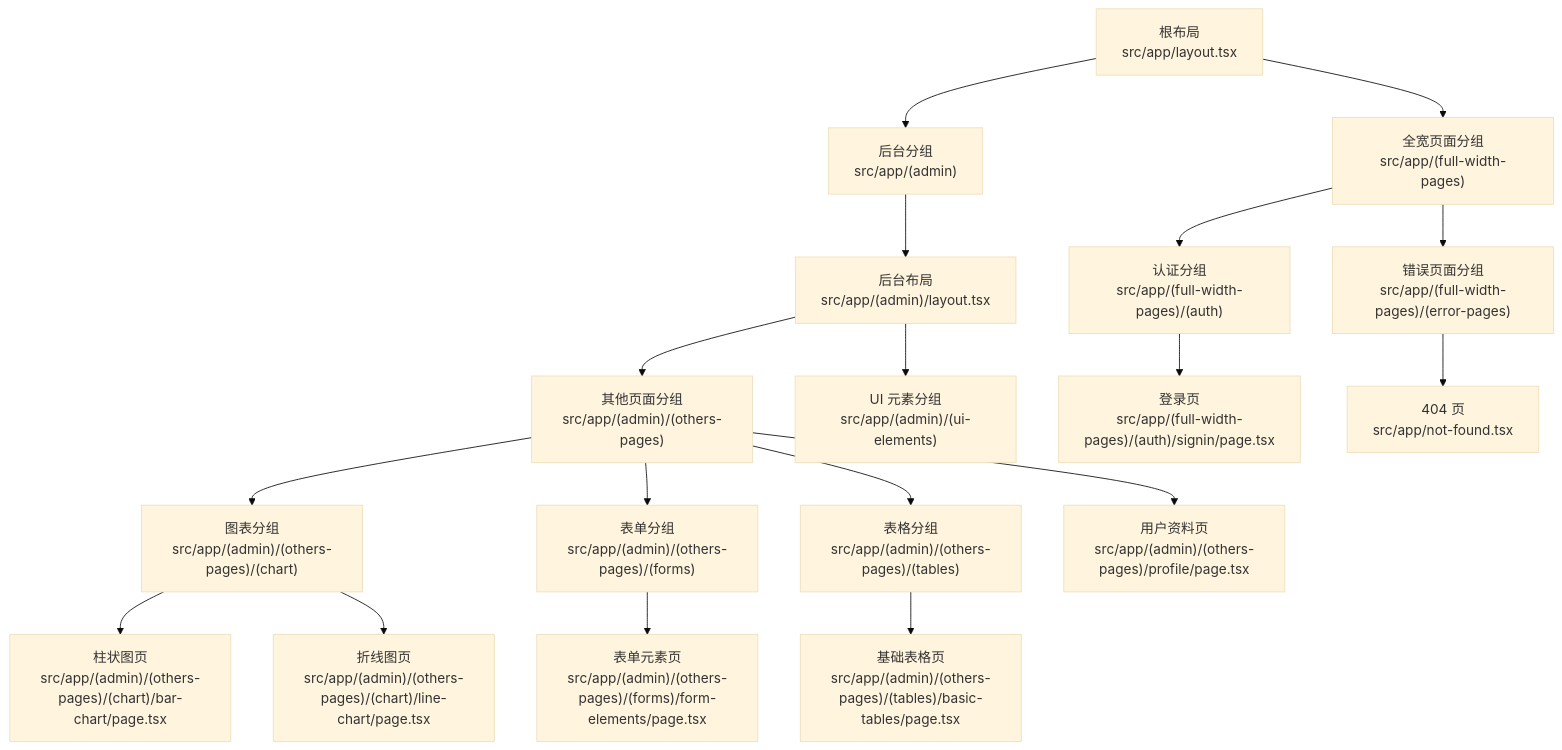
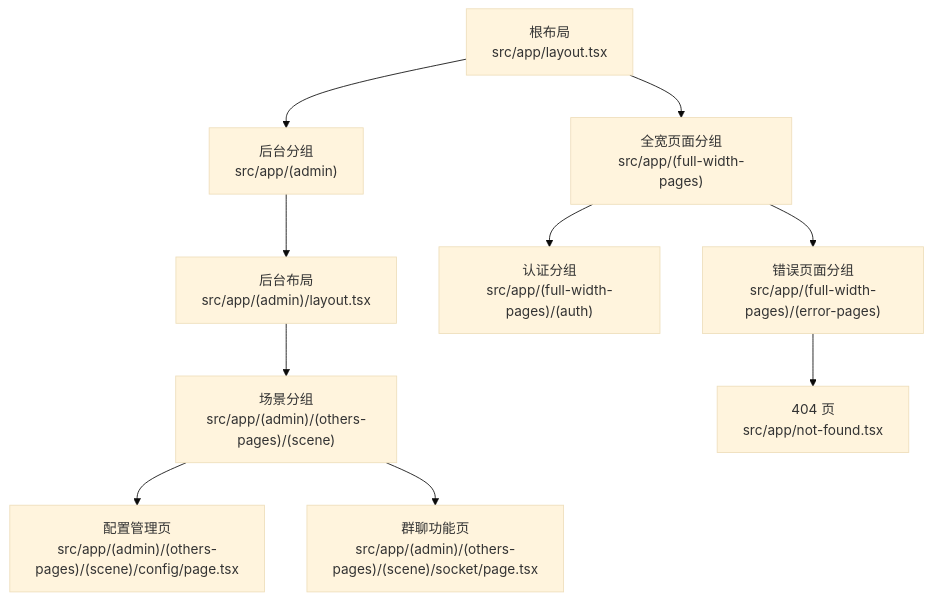
The first of 7 diagrams in .qoder/repowiki/zh/content/页面路由系统/页面路由系统.md (HAOFUYANG/nextjs-admin), drawn with Mermaid (base theme) before and after one commit. The commit also changed other lines of this file and 36 other files, not shown here.

````diff
--- a/.qoder/repowiki/zh/content/页面路由系统/页面路由系统.md
+++ b/.qoder/repowiki/zh/content/页面路由系统/页面路由系统.md
@@ -40,20 +49,12 @@
 ```mermaid
 graph TB
 root_layout["根布局<br/>src/app/layout.tsx"] --> admin_group["后台分组<br/>src/app/(admin)"]
 root_layout --> full_width_group["全宽页面分组<br/>src/app/(full-width-pages)"]
 admin_group --> admin_layout["后台布局<br/>src/app/(admin)/layout.tsx"]
-admin_layout --> others_pages["其他页面分组<br/>src/app/(admin)/(others-pages)"]
-admin_layout --> ui_elements["UI 元素分组<br/>src/app/(admin)/(ui-elements)"]
-others_pages --> chart_group["图表分组<br/>src/app/(admin)/(others-pages)/(chart)"]
-others_pages --> forms_group["表单分组<br/>src/app/(admin)/(others-pages)/(forms)"]
-others_pages --> tables_group["表格分组<br/>src/app/(admin)/(others-pages)/(tables)"]
-others_pages --> profile_page["用户资料页<br/>src/app/(admin)/(others-pages)/profile/page.tsx"]
-chart_group --> bar_chart_page["柱状图页<br/>src/app/(admin)/(others-pages)/(chart)/bar-chart/page.tsx"]
-chart_group --> line_chart_page["折线图页<br/>src/app/(admin)/(others-pages)/(chart)/line-chart/page.tsx"]
-forms_group --> form_elements_page["表单元素页<br/>src/app/(admin)/(others-pages)/(forms)/form-elements/page.tsx"]
-tables_group --> basic_tables_page["基础表格页<br/>src/app/(admin)/(others-pages)/(tables)/basic-tables/page.tsx"]
+admin_layout --> scene_group["场景分组<br/>src/app/(admin)/(others-pages)/(scene)"]
+scene_group --> config_page["配置管理页<br/>src/app/(admin)/(others-pages)/(scene)/config/page.tsx"]
+scene_group --> socket_page["群聊功能页<br/>src/app/(admin)/(others-pages)/(scene)/socket/page.tsx"]
 full_width_group --> auth_group["认证分组<br/>src/app/(full-width-pages)/(auth)"]
-auth_group --> signin_page["登录页<br/>src/app/(full-width-pages)/(auth)/signin/page.tsx"]
 full_width_group --> error_group["错误页面分组<br/>src/app/(full-width-pages)/(error-pages)"]
 error_group --> not_found_page["404 页<br/>src/app/not-found.tsx"]
 ```
````
